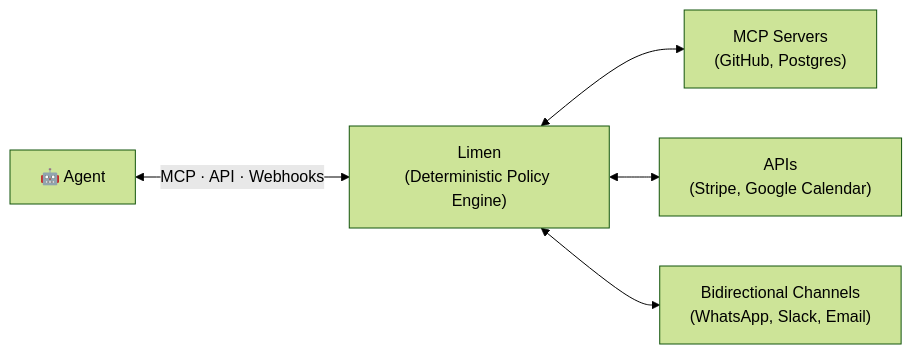
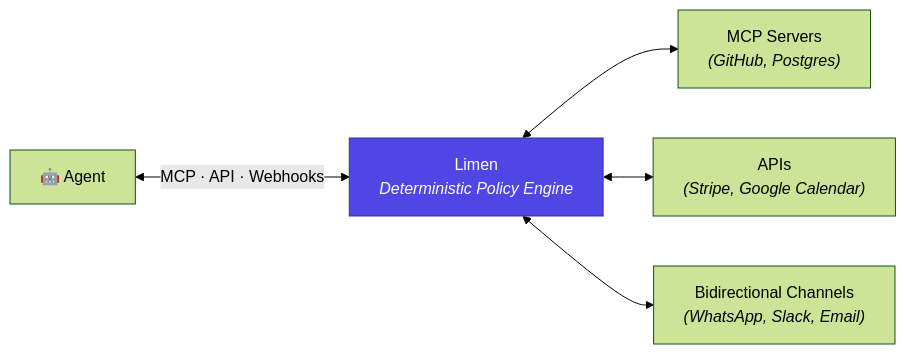
Before and after one commit to limen-io/limen: the diagram in README.md, drawn with Mermaid (forest theme).

Commit message:
Emphasizes Limen on diagram

````diff
--- a/README.md
+++ b/README.md
@@ -9,11 +9,13 @@
 ```mermaid
 flowchart LR
     Agent["🤖 Agent"]
-    Limen["Limen\n(Deterministic Policy Engine)"]
+    Limen["Limen\n<i>Deterministic Policy Engine</i>"]
 
     Agent <-->|"MCP · API · Webhooks"| Limen
 
-    Limen <--> MCPs["MCP Servers\n(GitHub, Postgres)"]
-    Limen <--> APIs["APIs\n(Stripe, Google Calendar)"]
-    Limen <--> Channels["Bidirectional Channels\n(WhatsApp, Slack, Email)"]
+    Limen <--> MCPs["MCP Servers\n<i>(GitHub, Postgres)</i>"]
+    Limen <--> APIs["APIs\n<i>(Stripe, Google Calendar)</i>"]
+    Limen <--> Channels["Bidirectional Channels\n<i>(WhatsApp, Slack, Email)</i>"]
+
+    style Limen fill:#4f46e5,stroke:#3730a3,color:#fff
 ```
````
